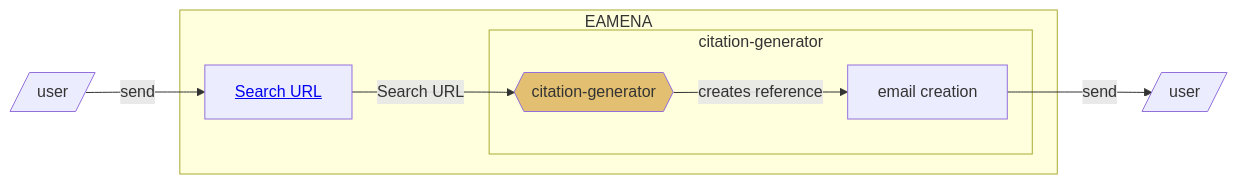
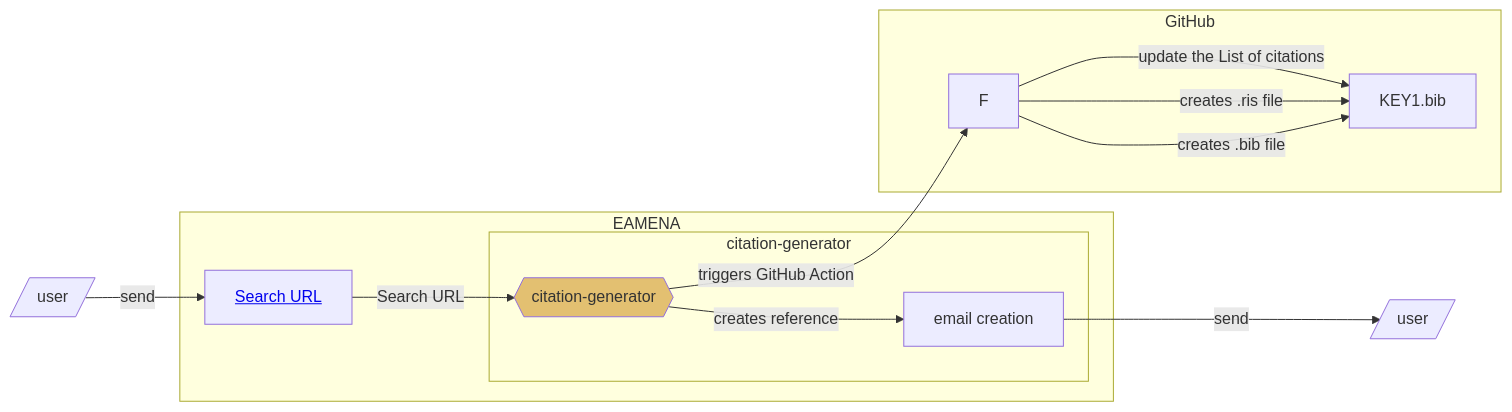
One commit to eamena-project/eamena-arches-dev changed the second of 2 diagrams in data/bibref/README.md. Above: the diagram before and after it, drawn with Mermaid.

Commit message:
citation README

````diff
--- a/data/bibref/README.md
+++ b/data/bibref/README.md
@@ -37,12 +37,18 @@
 ```mermaid
 flowchart LR
 	U[/user/] -- send --> A[<a href='https://github.com/eamena-project/eamena-arches-dev/blob/main/dbs/database.eamena/docs/notes/Arches%207%20Upgrade.md#splitchunk'>Search URL</a>];
 	subgraph EAMENA
 	A --Search URL--> G{{citation-generator}}:::eamenaFunc;
 		subgraph citation-generator
 		G -- creates reference --> H[email creation];
 		end
 	end
-	H -- send --> I[/user/];
+	G -- triggers GitHub Action --> F
+	H -- send --> Z[/user/];
+	subgraph GitHub
+	F -- update the List of citations --> I[List of citations.md]
+	F -- creates .ris file --> I[KEY1.ris]
+	F -- creates .bib file --> I[KEY1.bib]
+	end
 	classDef eamenaFunc fill:#e3c071;
 ```
````
